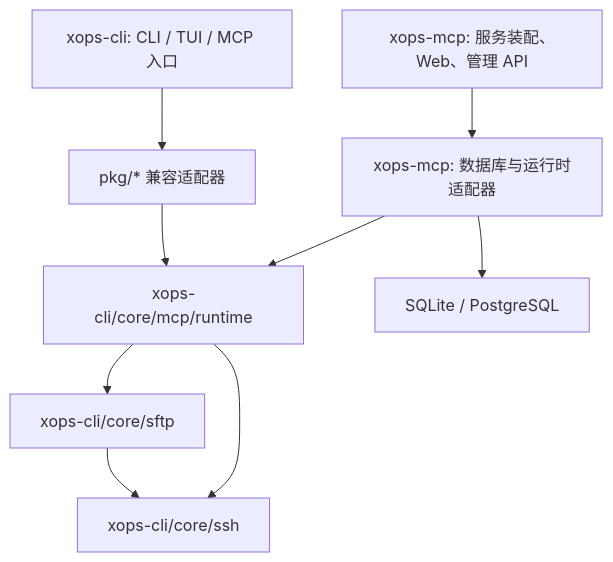
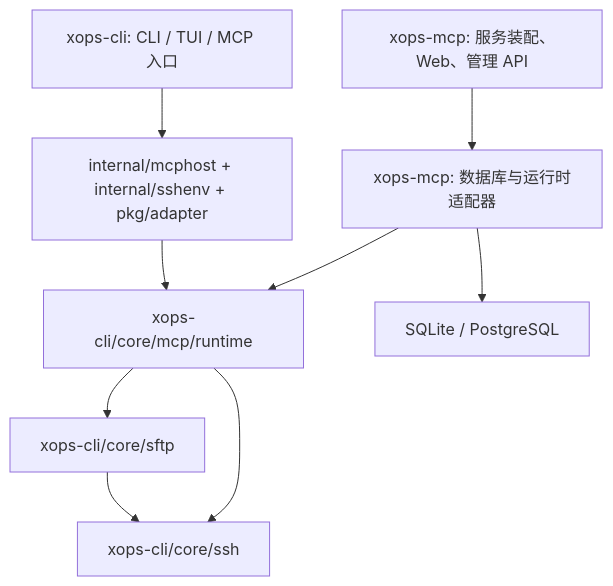
The diagram in docs/architecture.md (wentf9/xops-mcp), drawn with Mermaid before and after one commit. The commit also changed other lines of this file and 13 other files, not shown here.

````diff
--- a/docs/architecture.md
+++ b/docs/architecture.md
@@ -17,11 +17,11 @@
 ```mermaid
 flowchart TD
     Server[xops-mcp: 服务装配、Web、管理 API] --> Adapters[xops-mcp: 数据库与运行时适配器]
     Adapters --> MCP[xops-cli/core/mcp/runtime]
-    CLI[xops-cli: CLI / TUI / MCP 入口] --> Facade[pkg/* 兼容适配器]
-    Facade --> MCP
+    CLI[xops-cli: CLI / TUI / MCP 入口] --> Host[internal/mcphost + internal/sshenv + pkg/adapter]
+    Host --> MCP
     MCP --> SSH[xops-cli/core/ssh]
     MCP --> SFTP[xops-cli/core/sftp]
     SFTP --> SSH
     Adapters --> DB[SQLite / PostgreSQL]
 ```
````
